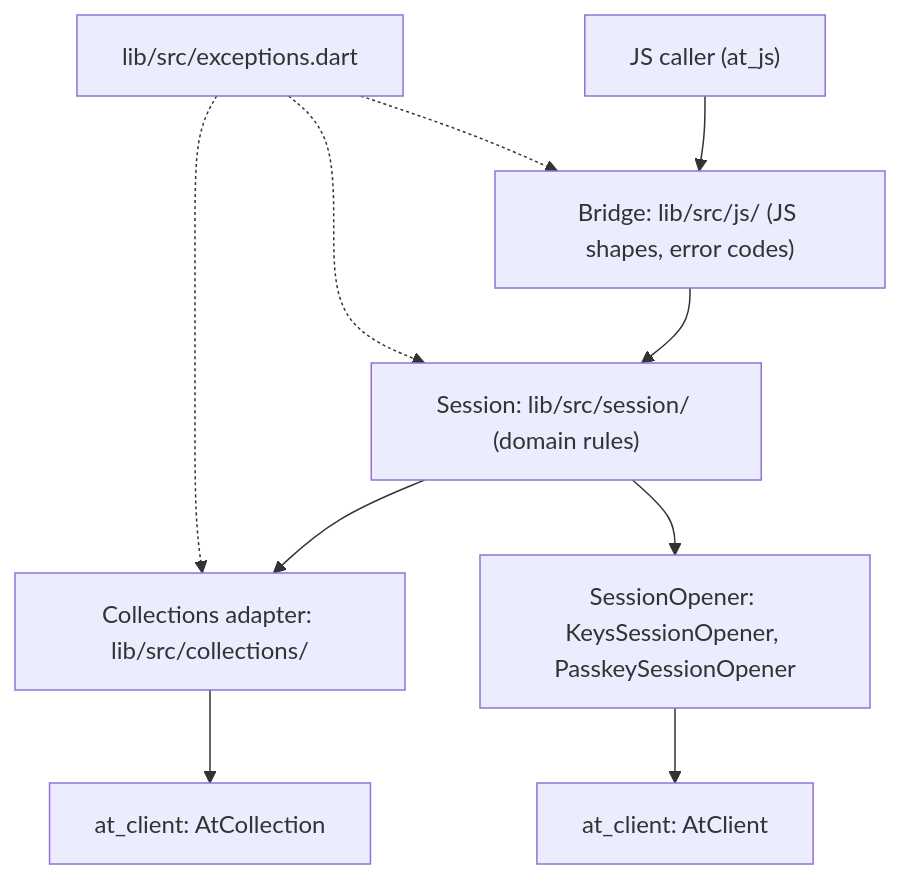
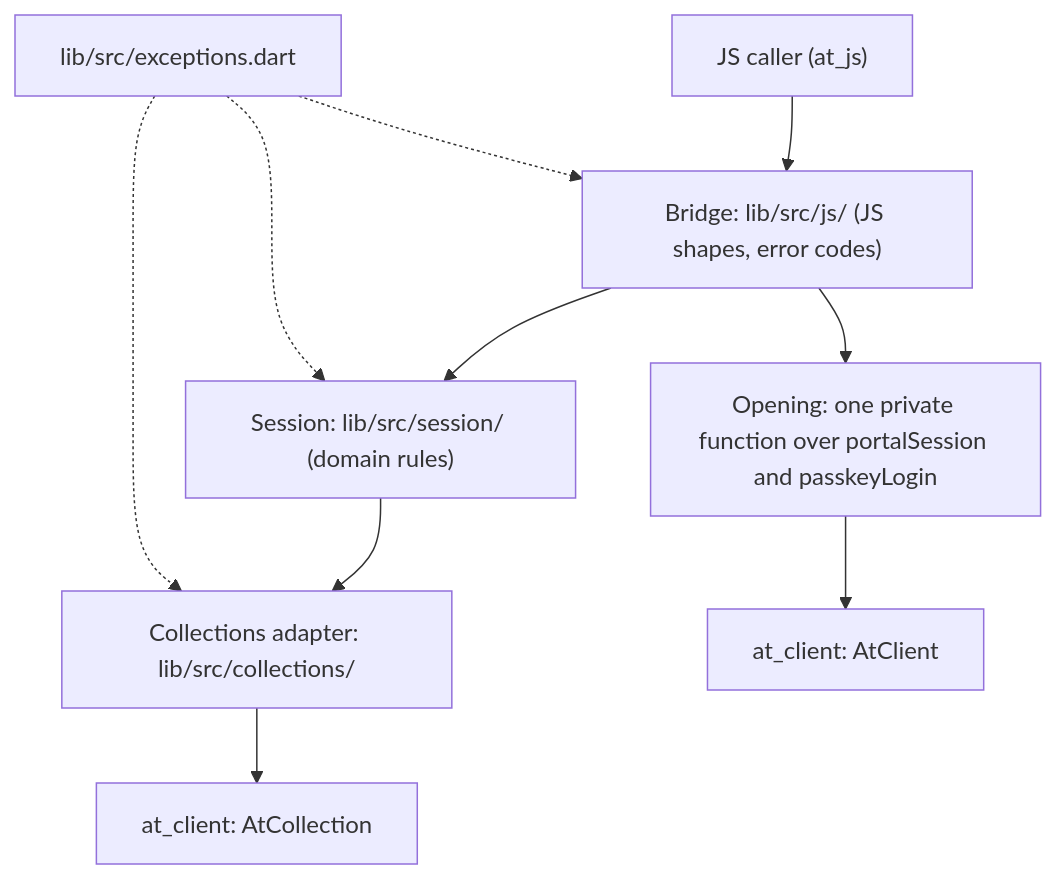
Before and after one commit to atsign-foundation/at_client_sdk: the diagram in docs/projects/wasm/bridge-layering.md, drawn with Mermaid. The commit also changed other lines of this file and 1 other file, not shown here.

First line of the commit message:
docs(architecture): adopt review direction on D-38, D-40 and D-45

````diff
--- a/docs/projects/wasm/bridge-layering.md
+++ b/docs/projects/wasm/bridge-layering.md
@@ -22,12 +20,12 @@
 ```mermaid
 flowchart TD
   JS["JS caller (at_js)"] --> B["Bridge: lib/src/js/ (JS shapes, error codes)"]
   B --> S["Session: lib/src/session/ (domain rules)"]
   S --> C["Collections adapter: lib/src/collections/"]
-  S --> O["SessionOpener: KeysSessionOpener, PasskeySessionOpener"]
+  B --> O["Opening: one private function over portalSession and passkeyLogin"]
   C --> AC["at_client: AtCollection"]
   O --> AC2["at_client: AtClient"]
   X["lib/src/exceptions.dart"] -.-> B
   X -.-> S
   X -.-> C
 ```
````
